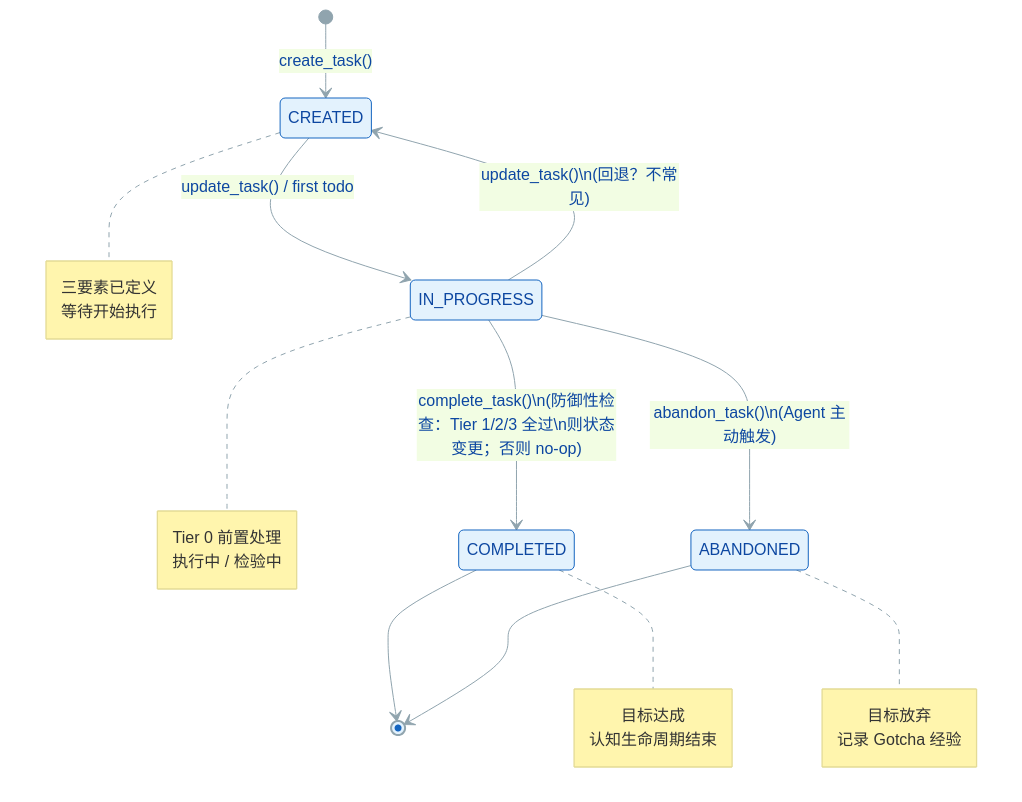
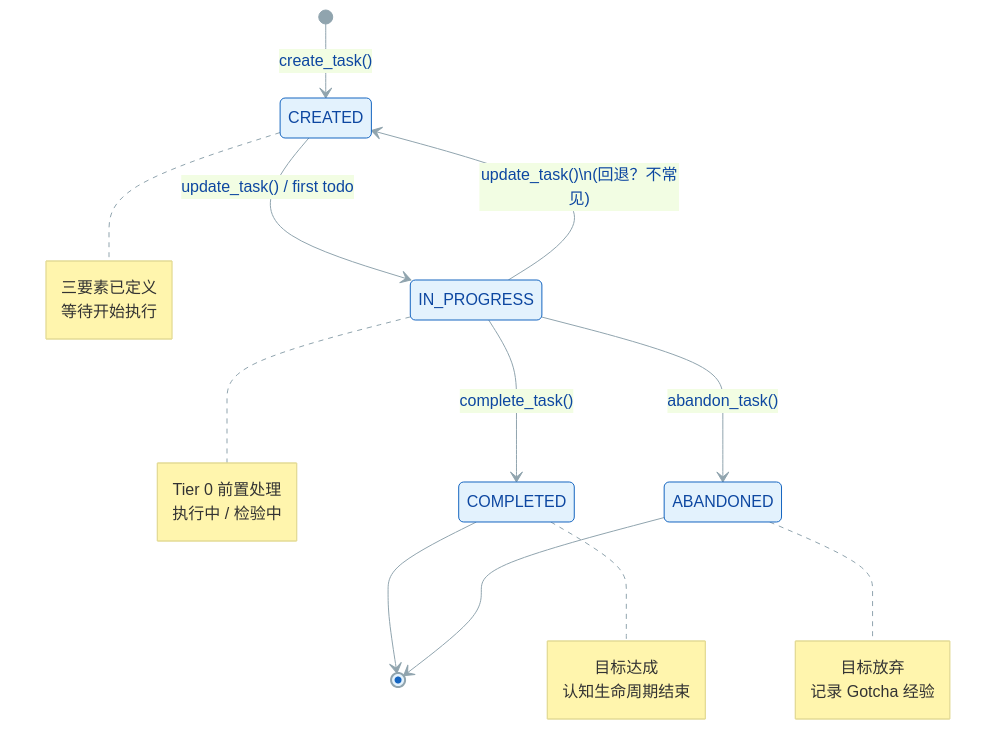
One commit to Lazyn0tBug/mem0ress changed the tenth of 13 diagrams in docs/spec.md. Above: the diagram before and after it, drawn with Mermaid. The commit also changed other lines of this file, not shown here.

Commit message:
清理规范中残留的实现细节（Judge Agent、__exit__钩子等），确认规范聚焦接口语义

````diff
--- a/docs/spec.md
+++ b/docs/spec.md
@@ -638,29 +636,29 @@
 ```mermaid
 %% label：Task 生命周期状态机
 %%{ init: { 'theme': 'base', 'themeVariables': { 'primaryColor': '#e3f2fd', 'primaryTextColor': '#0d47a1', 'primaryBorderColor': '#1565c0', 'lineColor': '#90a4ae' } } }%%
 stateDiagram-v2
     [*] --> CREATED : create_task()
     CREATED --> IN_PROGRESS : update_task() / first todo
-    IN_PROGRESS --> COMPLETED : complete_task()\n(防御性检查：Tier 1/2/3 全过\n则状态变更；否则 no-op)
-    IN_PROGRESS --> ABANDONED : abandon_task()\n(Agent 主动触发)
+    IN_PROGRESS --> COMPLETED : complete_task()
+    IN_PROGRESS --> ABANDONED : abandon_task()
     IN_PROGRESS --> CREATED : update_task()\n(回退？不常见)
     COMPLETED --> [*]
     ABANDONED --> [*]
 
     note right of CREATED
         三要素已定义
         等待开始执行
     end note
     note right of IN_PROGRESS
         Tier 0 前置处理
         执行中 / 检验中
     end note
     note right of COMPLETED
         目标达成
         认知生命周期结束
     end note
     note right of ABANDONED
         目标放弃
         记录 Gotcha 经验
     end note
 ```
````
